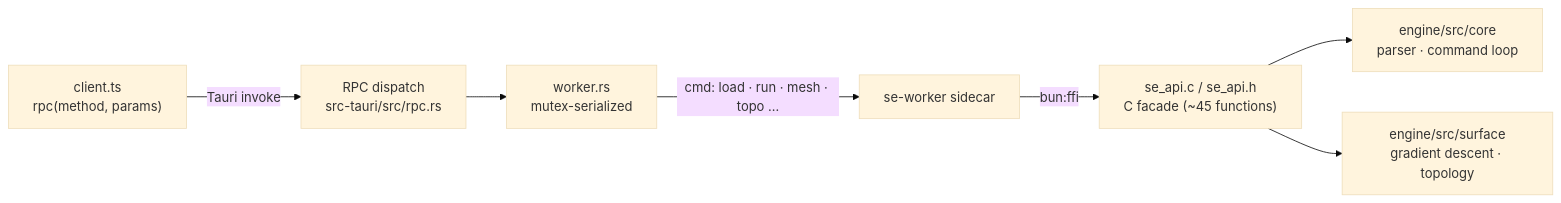
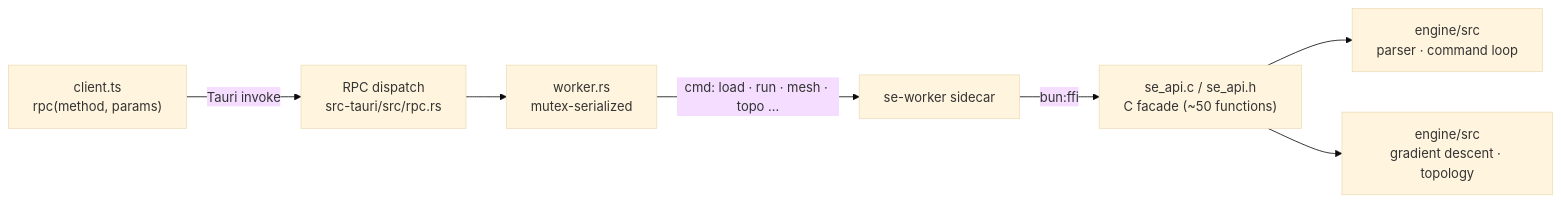
Before and after one commit to sersergious/surface-evolver: the second of 2 diagrams in README.md, drawn with Mermaid (base theme). The commit also changed other lines of this file, not shown here.

Commit message:
docs: fix README for flat engine layout + 3-platform builds

````diff
--- a/README.md
+++ b/README.md
@@ -59,9 +59,9 @@
 ```mermaid
 flowchart LR
     View["client.ts<br/>rpc(method, params)"] -->|"Tauri invoke"| RPC["RPC dispatch<br/>src-tauri/src/rpc.rs"]
     RPC --> Mgr["worker.rs<br/>mutex-serialized"]
     Mgr -->|"cmd: load · run · mesh · topo …"| Worker["se-worker sidecar"]
-    Worker -->|"bun:ffi"| Facade["se_api.c / se_api.h<br/>C facade (~45 functions)"]
-    Facade --> Core["engine/src/core<br/>parser · command loop"]
-    Facade --> Surf["engine/src/surface<br/>gradient descent · topology"]
+    Worker -->|"bun:ffi"| Facade["se_api.c / se_api.h<br/>C facade (~50 functions)"]
+    Facade --> Core["engine/src<br/>parser · command loop"]
+    Facade --> Surf["engine/src<br/>gradient descent · topology"]
 ```
````
